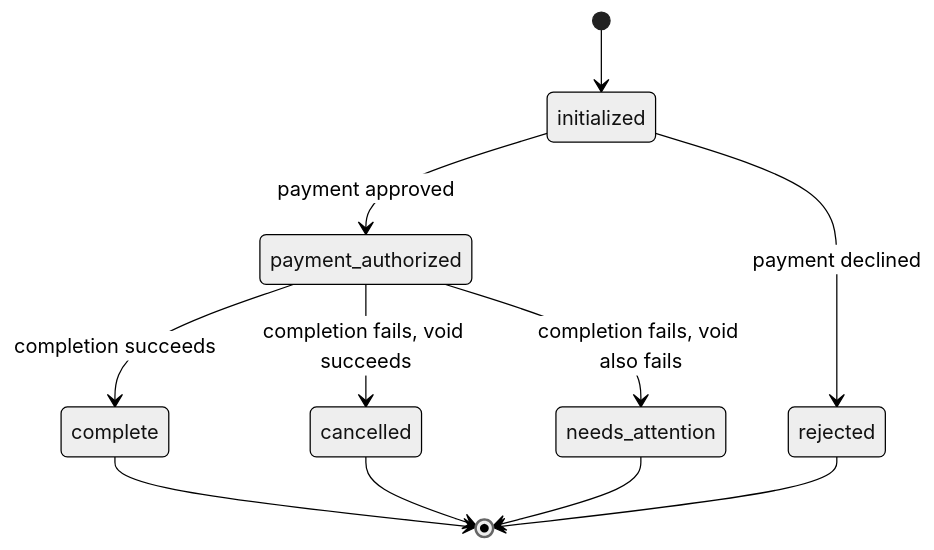
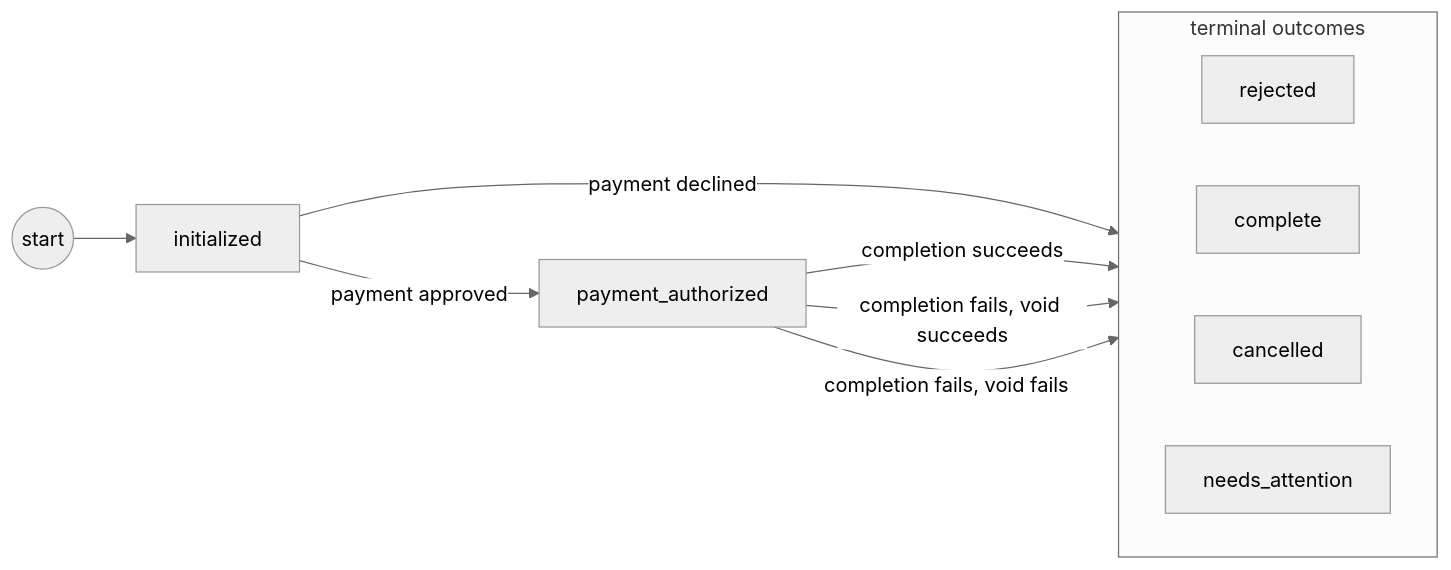
One commit to blaster151/gametime-order-state-machine changed the diagram in README.md. Above: the diagram before and after it, drawn with Mermaid (neutral theme). The commit also changed other lines of this file, not shown here.

````diff
--- a/README.md
+++ b/README.md
@@ -64,13 +66,17 @@
 ```mermaid
-stateDiagram-v2
-    [*] --> initialized
-    initialized --> payment_authorized: payment approved
-    initialized --> rejected: payment declined
-    payment_authorized --> complete: completion succeeds
-    payment_authorized --> cancelled: completion fails, void succeeds
-    payment_authorized --> needs_attention: completion fails, void also fails
-    complete --> [*]
-    rejected --> [*]
-    cancelled --> [*]
-    needs_attention --> [*]
+flowchart LR
+    start((start)) --> initialized
+    initialized -->|payment approved| payment_authorized
+    initialized -->|payment declined| rejected
+    payment_authorized -->|completion succeeds| complete
+    payment_authorized -->|completion fails, void succeeds| cancelled
+    payment_authorized -->|completion fails, void fails| needs_attention
+
+    subgraph terminal_outcomes[terminal outcomes]
+        direction LR
+        complete
+        cancelled
+        needs_attention
+        rejected
+    end
 ```
````
